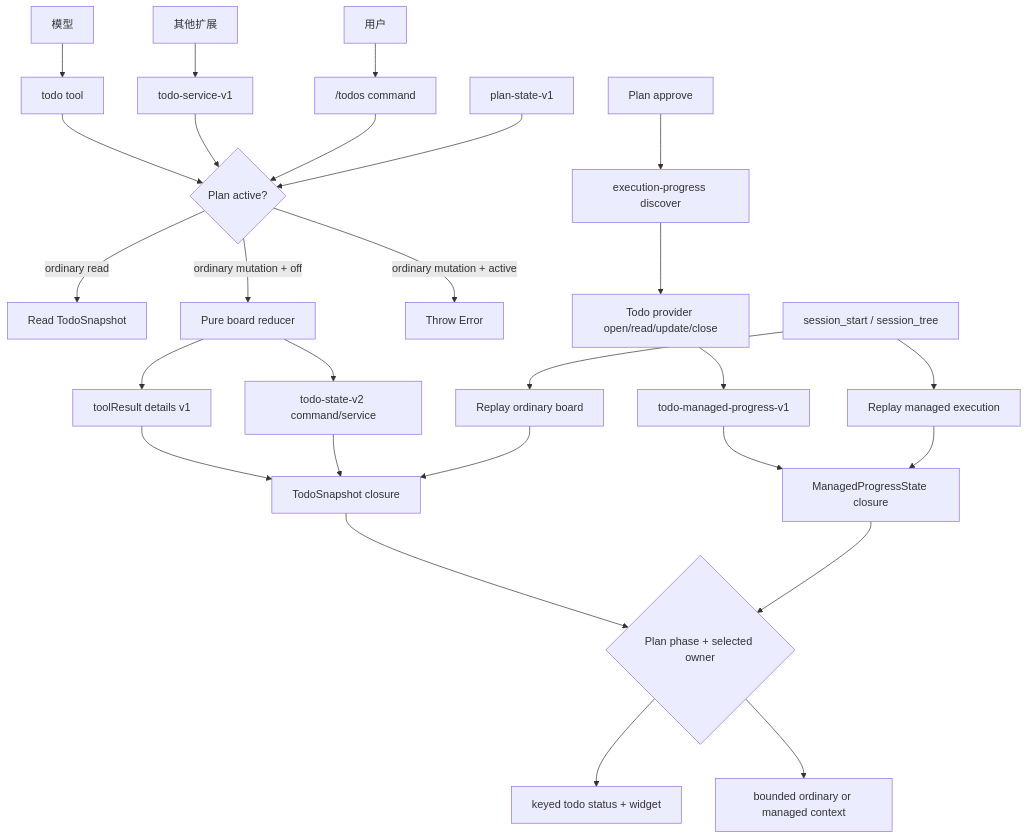
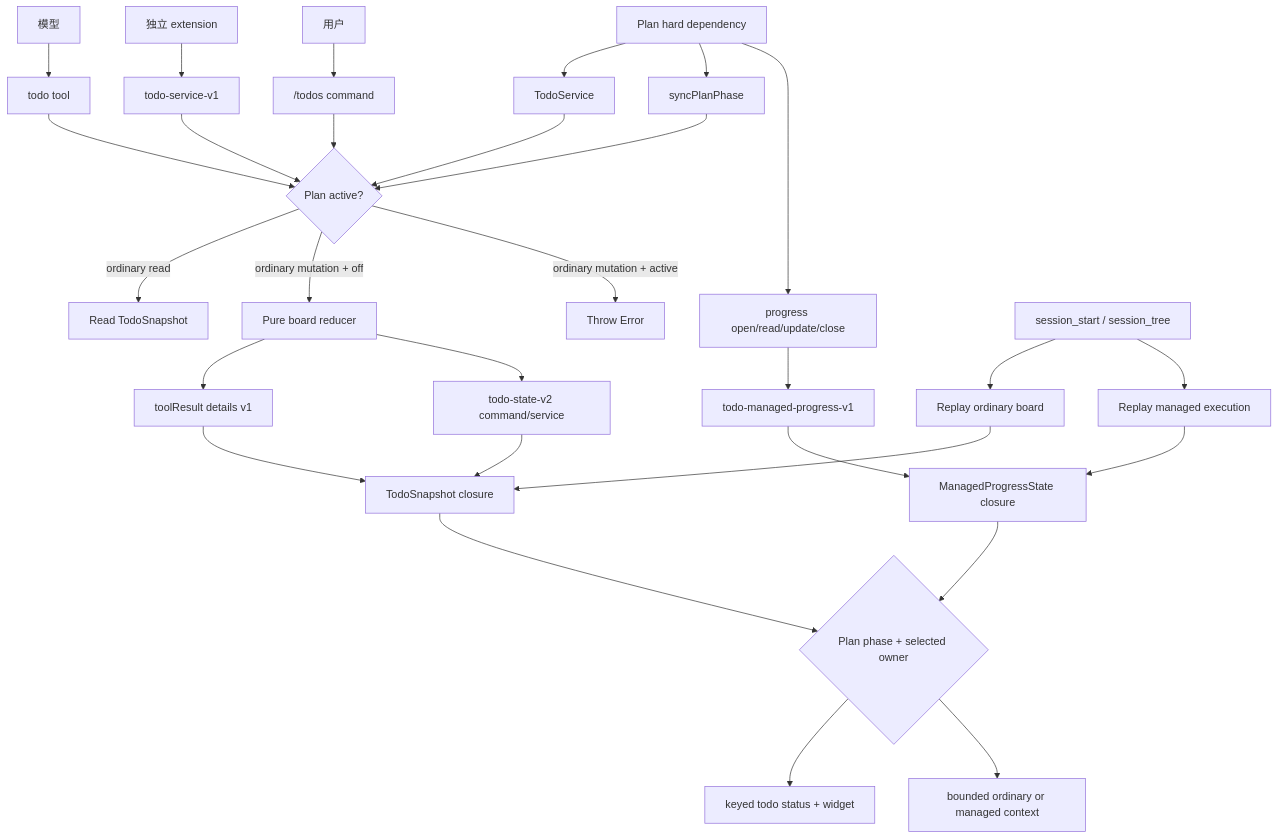
One commit to jaronic/pi-extensions changed the first of 2 diagrams in docs/design/08-todo-extension-design.md. Above: the diagram before and after it, drawn with Mermaid. The commit also changed other lines of this file and 32 other files, not shown here.

Commit message:
feat(plan): compose Request and Todo services

````diff
--- a/docs/design/08-todo-extension-design.md
+++ b/docs/design/08-todo-extension-design.md
@@ -115,31 +115,33 @@
 ```mermaid
 flowchart TB
     Model[模型] --> Tool[todo tool]
-    Extension[其他扩展] --> Service[todo-service-v1]
+    Independent[独立 extension] --> Compatibility[todo-service-v1]
+    Plan[Plan hard dependency] --> Direct[TodoService]
     User[用户] --> Cmd["/todos command"]
     Tool --> Gate{Plan active?}
-    Service --> Gate
+    Compatibility --> Gate
+    Direct --> Gate
     Cmd --> Gate
     Gate -->|ordinary read| Read[Read TodoSnapshot]
     Gate -->|ordinary mutation + off| Reducer[Pure board reducer]
     Gate -->|ordinary mutation + active| Reject[Throw Error]
     Reducer --> ToolCommit[toolResult details v1]
     Reducer --> StateCommit[todo-state-v2 command/service]
 
-    PlanPhase[plan-state-v1] --> Gate
-    PlanApprove[Plan approve] --> Discover[execution-progress discover]
-    Discover --> Provider[Todo provider open/read/update/close]
-    Provider --> ManagedCommit[todo-managed-progress-v1]
+    Plan --> PhaseSync[syncPlanPhase]
+    PhaseSync --> Gate
+    Plan --> Managed[progress open/read/update/close]
+    Managed --> ManagedCommit[todo-managed-progress-v1]
 
     Branch[session_start / session_tree] --> BoardReplay[Replay ordinary board]
     Branch --> ManagedReplay[Replay managed execution]
     ToolCommit --> BoardState[TodoSnapshot closure]
     StateCommit --> BoardState
     ManagedCommit --> ManagedState[ManagedProgressState closure]
     BoardReplay --> BoardState
     ManagedReplay --> ManagedState
     BoardState --> Projection{Plan phase + selected owner}
     ManagedState --> Projection
     Projection --> UI[keyed todo status + widget]
     Projection --> Prompt[bounded ordinary or managed context]
 ```
````
